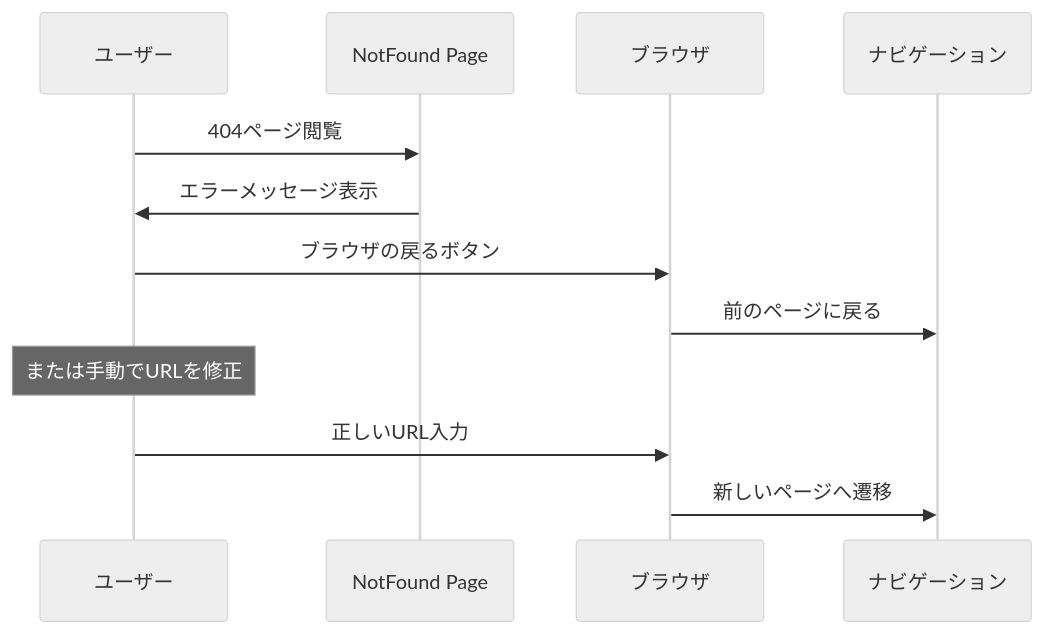
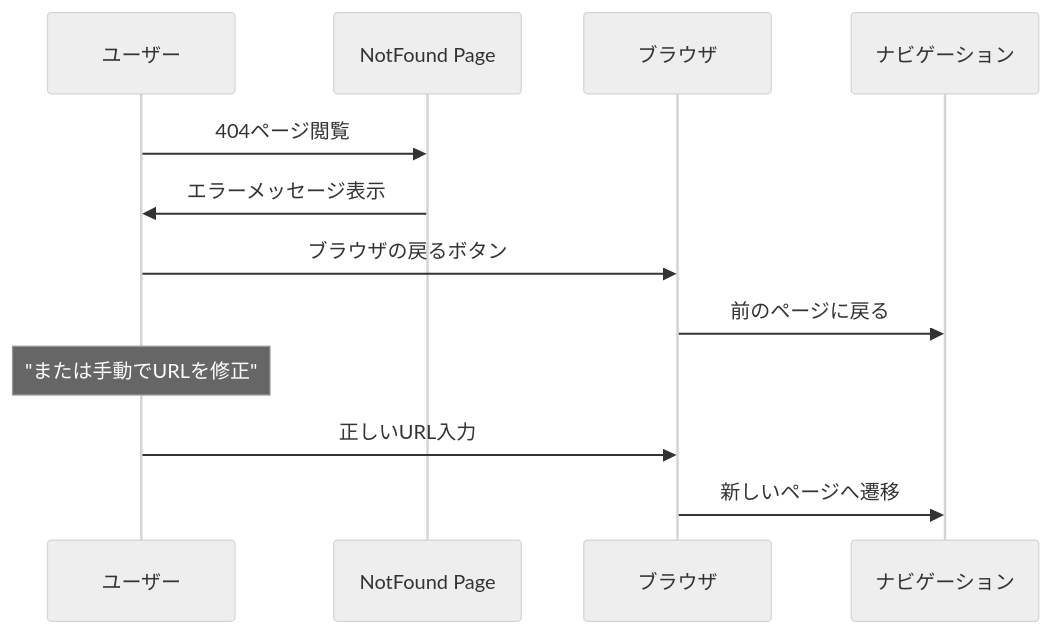
One commit to wasabi49/ocs-systemDevelopmentExercises changed the sixth of 9 diagrams in document/pages/sequence/not-found.md. Above: the diagram before and after it, drawn with Mermaid (neutral theme). The commit also changed other lines of this file and 42 other files, not shown here.

First line of the commit message:
fix: mermaidシーケンス図のNote over文でダブルクォーテーション不足を修正

````diff
--- a/document/pages/sequence/not-found.md
+++ b/document/pages/sequence/not-found.md
@@ -123,17 +123,17 @@
 ```mermaid
 sequenceDiagram
     participant User as ユーザー
     participant NotFound as NotFound Page
     participant Browser as ブラウザ
     participant Navigation as ナビゲーション
 
     User->>NotFound: 404ページ閲覧
     NotFound->>User: エラーメッセージ表示
     
     User->>Browser: ブラウザの戻るボタン
     Browser->>Navigation: 前のページに戻る
     
-    Note over User: または手動でURLを修正
+    Note over User: "または手動でURLを修正"
     User->>Browser: 正しいURL入力
     Browser->>Navigation: 新しいページへ遷移
 ```
````
